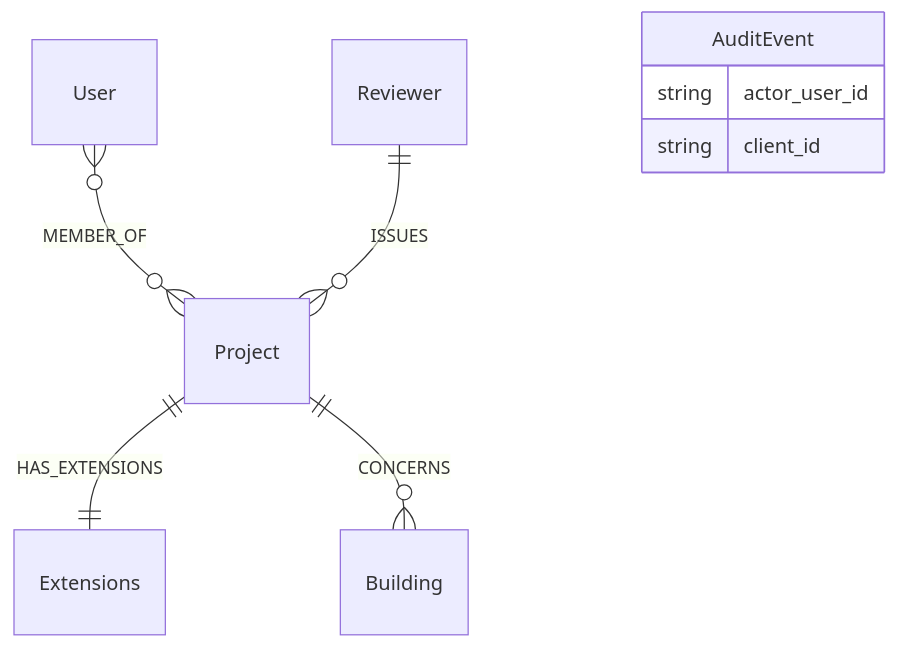
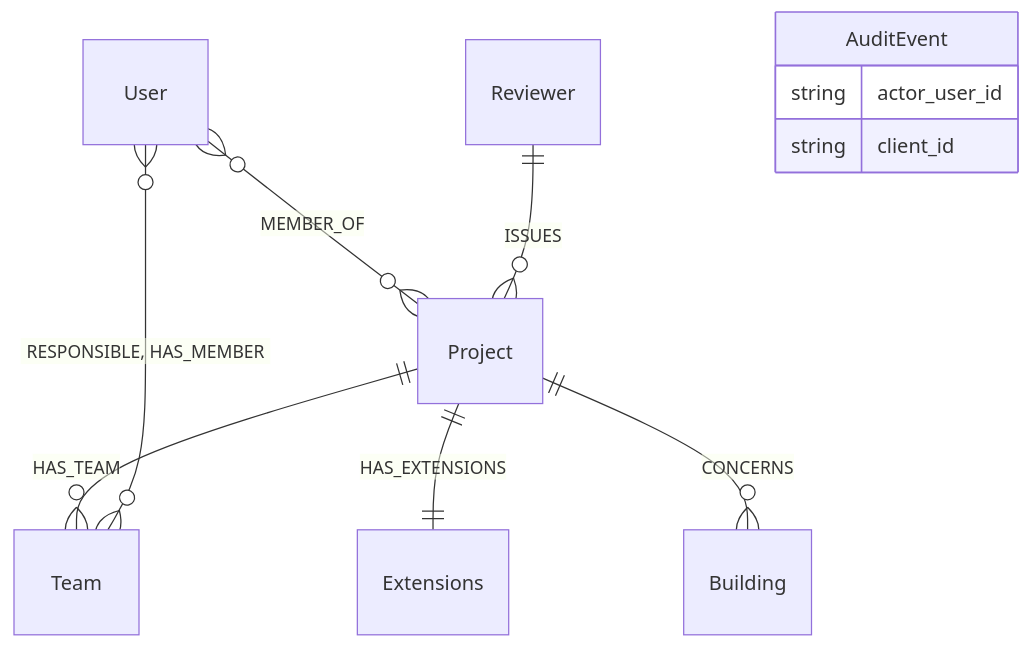
One commit to marwiss/Kontroll changed the first of 6 diagrams in docs/da/graph-schema.md. Above: the diagram before and after it, drawn with Mermaid. The commit also changed other lines of this file and 27 other files, not shown here.

````diff
--- a/docs/da/graph-schema.md
+++ b/docs/da/graph-schema.md
@@ -32,11 +32,13 @@
 ```mermaid
 erDiagram
     User }o--o{ Project : MEMBER_OF
+    Project ||--o{ Team : HAS_TEAM
+    Team }o--o{ User : "RESPONSIBLE, HAS_MEMBER"
     Project ||--|| Extensions : HAS_EXTENSIONS
     Reviewer ||--o{ Project : ISSUES
     Project ||--o{ Building : CONCERNS
     AuditEvent {
         string actor_user_id
         string client_id
     }
 ```
````
